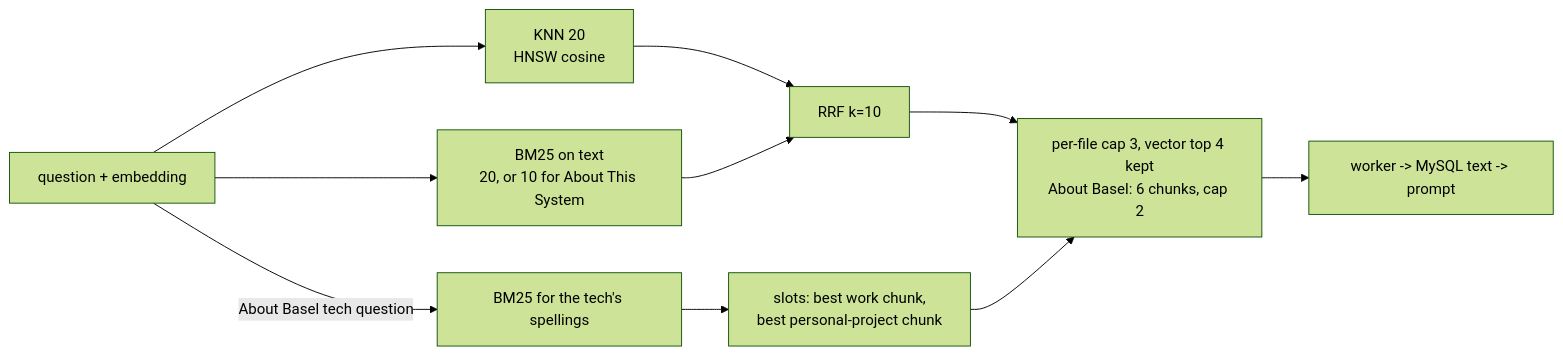
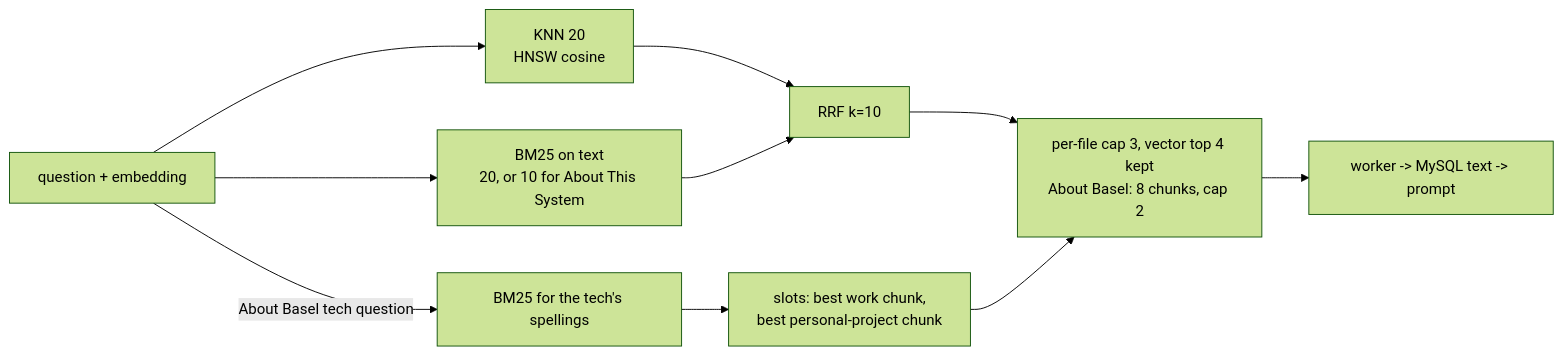
The diagram in project/status/2026-10-04-2220-rag-p8-hybrid.md (hacka-tron/basel.engineering), drawn with Mermaid (forest theme) before and after one commit. The commit also changed other lines of this file, not shown here.

Commit message:
status: rag p8 report says About Basel returns 8

````diff
--- a/project/status/2026-10-04-2220-rag-p8-hybrid.md
+++ b/project/status/2026-10-04-2220-rag-p8-hybrid.md
@@ -17,12 +17,12 @@
 ```mermaid
 flowchart LR
     Q[question + embedding] --> V[KNN 20<br/>HNSW cosine]
     Q --> L[BM25 on text<br/>20, or 10 for About This System]
     V --> F[RRF k=10]
     L --> F
     Q -->|About Basel tech question| T[BM25 for the tech's spellings]
     T --> S[slots: best work chunk,<br/>best personal-project chunk]
-    F --> SEL[per-file cap 3, vector top 4 kept<br/>About Basel: 6 chunks, cap 2]
+    F --> SEL[per-file cap 3, vector top 4 kept<br/>About Basel: 8 chunks, cap 2]
     S --> SEL
     SEL --> W[worker -> MySQL text -> prompt]
 ```
````
